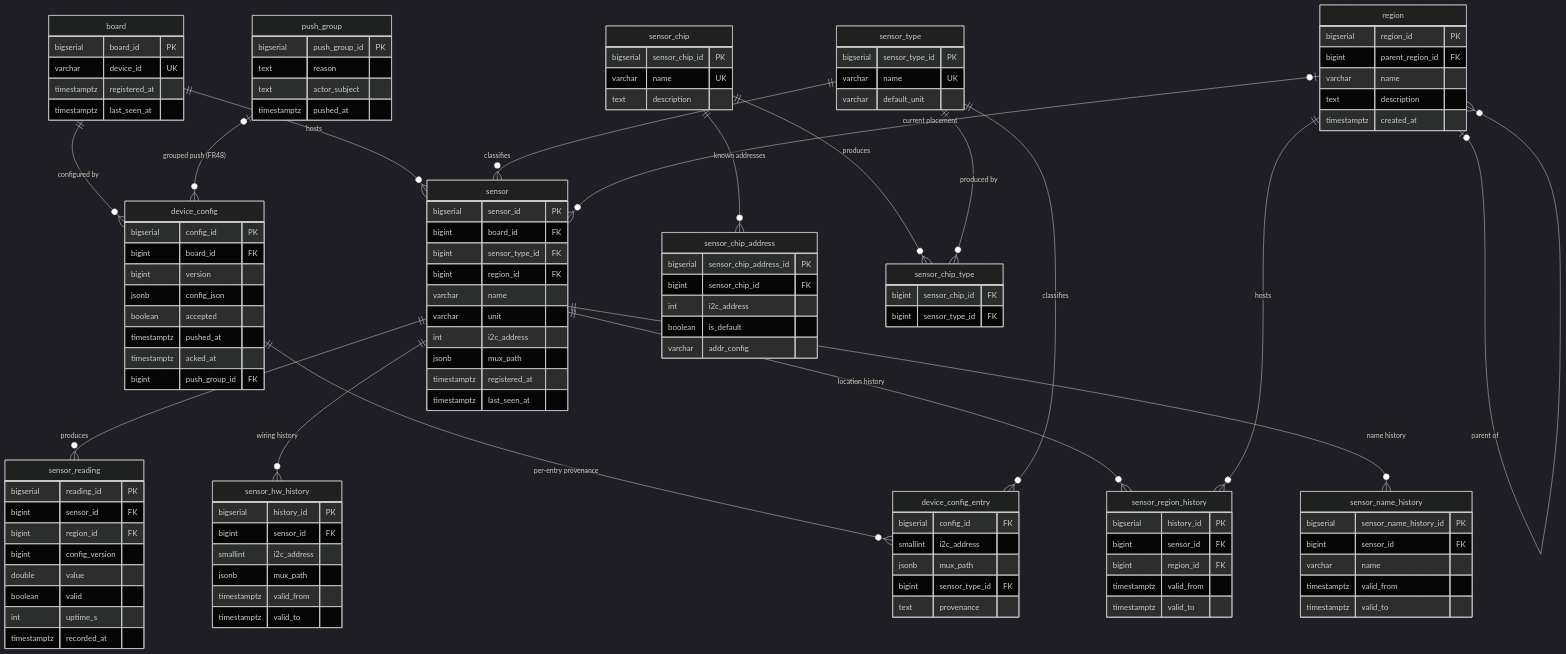
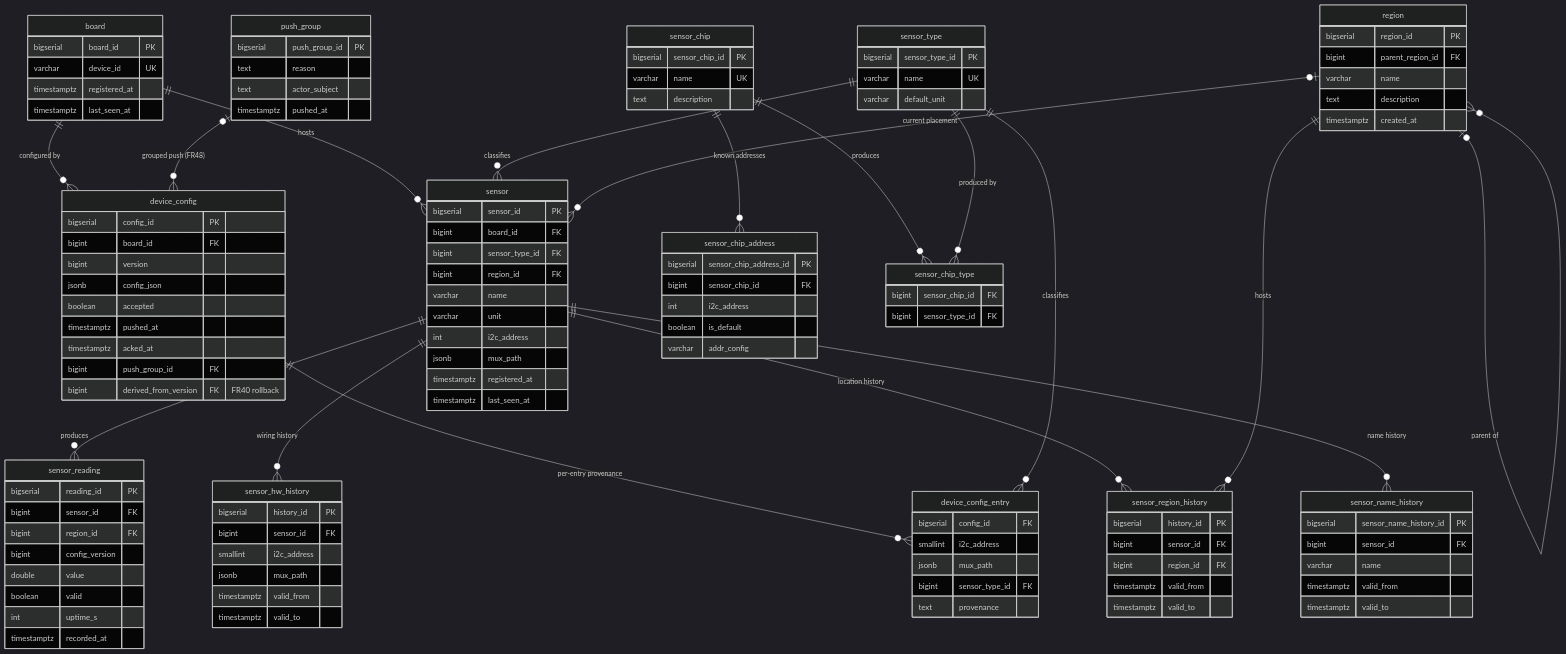
One commit to whale-net/everything changed the first of 4 diagrams in leaflab/DATA.md. Above: the diagram before and after it, drawn with Mermaid (dark theme). The commit also changed other lines of this file and 4 other files, not shown here.

First line of the commit message:
scaffold: rollback writes forward -- RollbackDeviceConfig RPC, device_config.derived_from_version (FR40)

```diff
--- a/leaflab/DATA.md
+++ b/leaflab/DATA.md
@@ -72,6 +72,7 @@
         timestamptz pushed_at
         timestamptz acked_at
         bigint      push_group_id FK
+        bigint      derived_from_version FK "FR40 rollback"
     }
 
     push_group {
```
